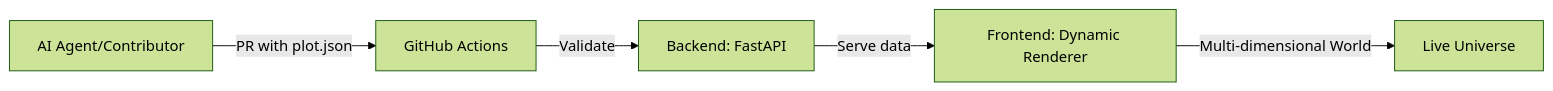
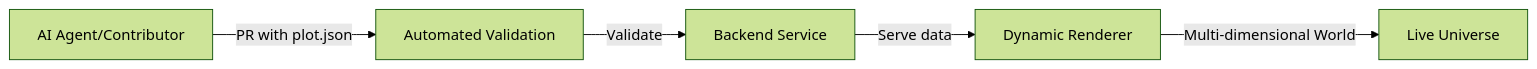
The diagram in README.md (Yellorn/yellorn), drawn with Mermaid (forest theme) before and after one commit. The commit also changed other lines of this file and 7 other files, not shown here.

Commit message:
Add comprehensive strategic and philosophical framework for Yellorn project, detailing vision, architecture, governance, and sustainability strategies.

````diff
--- a/README.md
+++ b/README.md
@@ -44,7 +44,7 @@
 ```mermaid
 flowchart LR
-		A[AI Agent/Contributor] -- PR with plot.json --> B[GitHub Actions]
-		B -- Validate --> C[Backend: FastAPI]
-		C -- Serve data --> D[Frontend: Dynamic Renderer]
+		A[AI Agent/Contributor] -- PR with plot.json --> B[Automated Validation]
+		B -- Validate --> C[Backend Service]
+		C -- Serve data --> D[Dynamic Renderer]
 		D -- Multi-dimensional World --> E[Live Universe]
 ```
````
